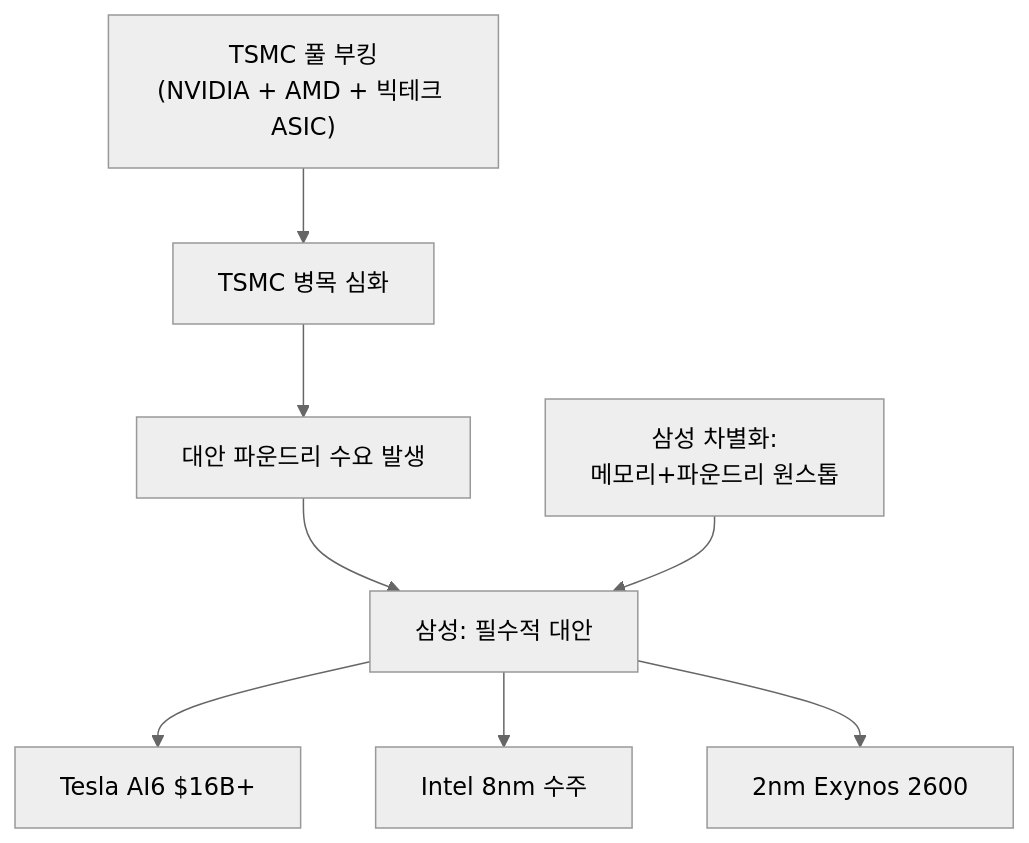
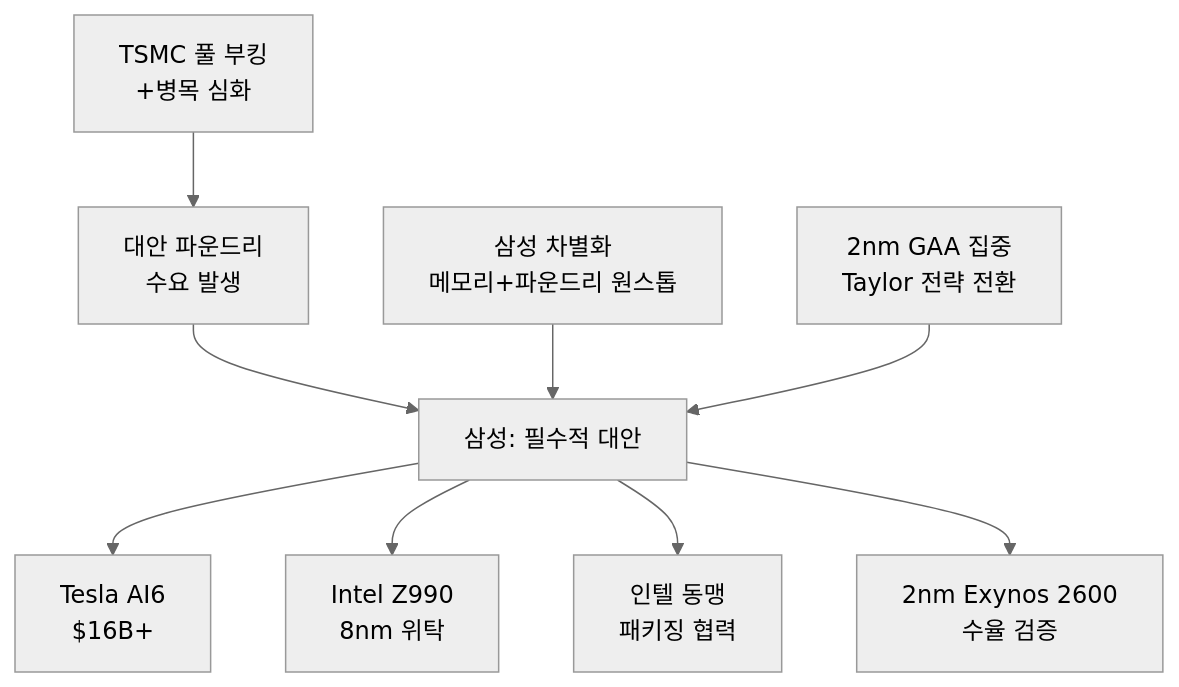
Before and after one commit to dss99911/dss99911.github.io: the second of 3 diagrams in _posts/knowledge/invest/2026-01-21-foundry-sector-outlook-2026.md, drawn with Mermaid (neutral theme). The commit also changed other lines of this file and 15 other files, not shown here.

````diff
--- a/_posts/knowledge/invest/2026-01-21-foundry-sector-outlook-2026.md
+++ b/_posts/knowledge/invest/2026-01-21-foundry-sector-outlook-2026.md
@@ -106,12 +121,13 @@
 ```mermaid
 flowchart TD
-    A["TSMC 풀 부킹<br/>(NVIDIA + AMD + 빅테크 ASIC)"] --> B["TSMC 병목 심화"]
-    B --> C["대안 파운드리 수요 발생"]
-    C --> D["삼성: 필수적 대안"]
+    A["TSMC 풀 부킹<br/>+병목 심화"] --> B["대안 파운드리<br/>수요 발생"]
+    B --> C["삼성: 필수적 대안"]
 
-    D --> E["Tesla AI6 $16B+"]
-    D --> F["Intel 8nm 수주"]
-    D --> G["2nm Exynos 2600"]
+    C --> D["Tesla AI6<br/>$16B+"]
+    C --> E["Intel Z990<br/>8nm 위탁"]
+    C --> F["인텔 동맹<br/>패키징 협력"]
+    C --> G["2nm Exynos 2600<br/>수율 검증"]
 
-    H["삼성 차별화:<br/>메모리+파운드리 원스톱"] --> D
+    H["삼성 차별화<br/>메모리+파운드리 원스톱"] --> C
+    I["2nm GAA 집중<br/>Taylor 전략 전환"] --> C
 ```
````
